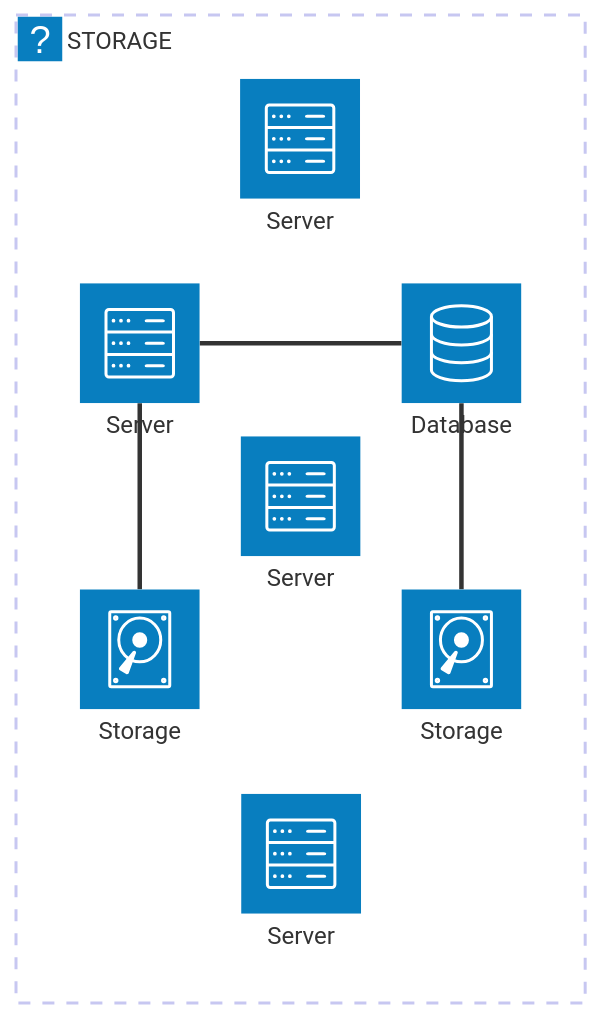
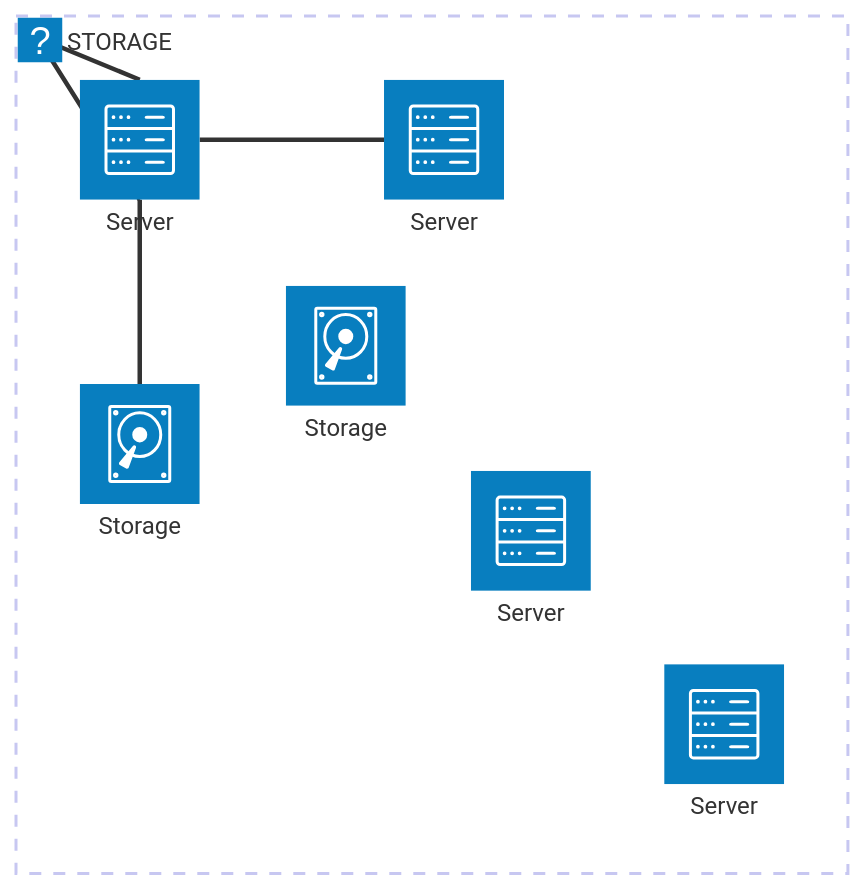
Before and after one commit to jan379/quobyte-presales: the diagram in slidegenerator/mermaid/architecture.md, drawn with Mermaid.

````diff
--- a/slidegenerator/mermaid/architecture.md
+++ b/slidegenerator/mermaid/architecture.md
@@ -4,17 +4,16 @@
 ```mermaid
 architecture-beta
     group storage(storage)[STORAGE]
 
-    service db(database)[Database] in storage
-    service disk1(disk)[Storage] in storage
-    service disk2(disk)[Storage] in storage
     service server1(server)[Server] in storage
     service server2(server)[Server] in storage
     service server3(server)[Server] in storage
     service server4(server)[Server] in storage
+    service disk1(disk)[Storage] in storage
+    service disk2(disk)[Storage] in storage
 
-    db:L -- R:server1
-    disk1:T -- B:server1
-    disk2:T -- B:db
+    server1:L -- R:server2
+    server2:T -- B:server2
+    disk2:T -- B:server2
 
 ```
````
